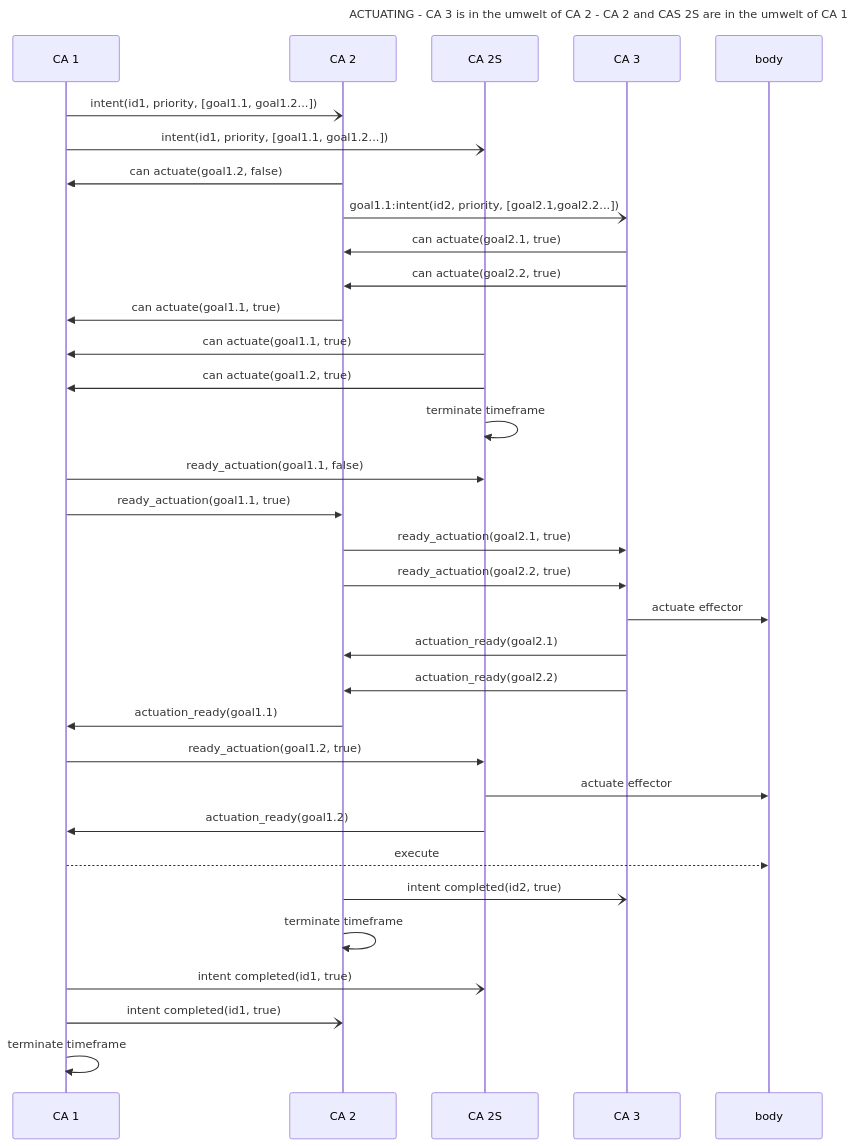
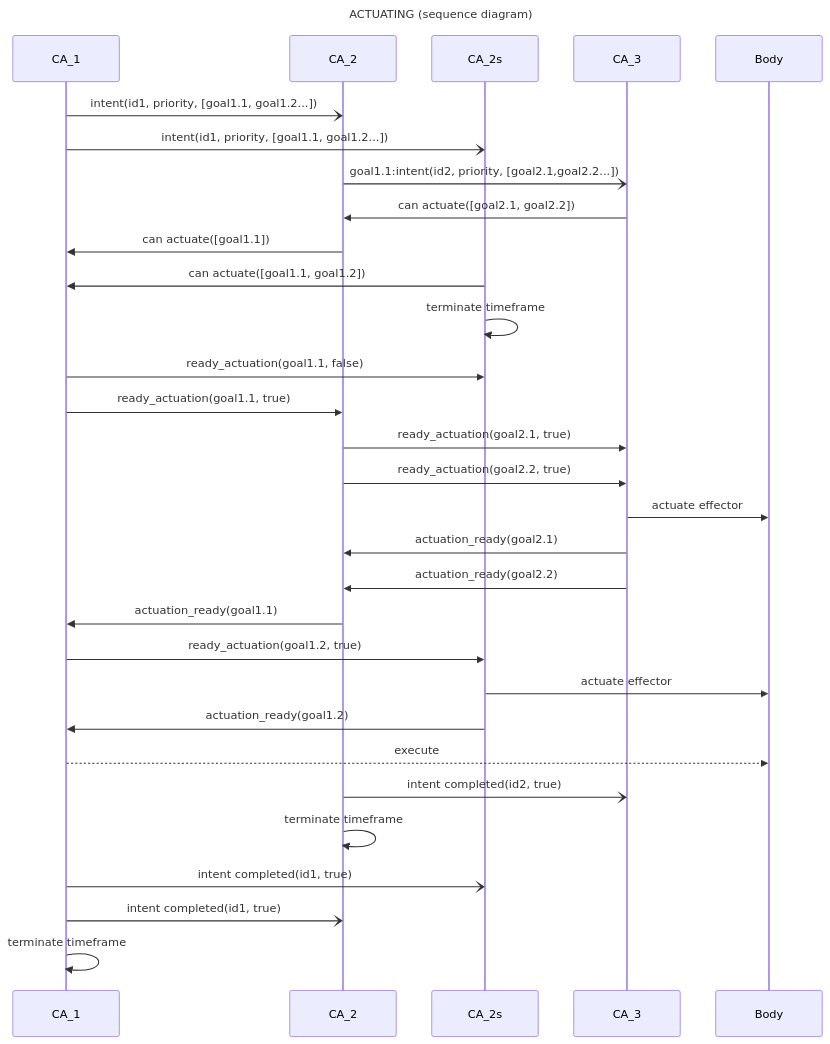
The second of 2 diagrams in design_notes/policies.md (jfcloutier/karma_system), drawn with Mermaid before and after one commit. The commit also changed other lines of this file, not shown here.

Commit message:
Flow in policies

````diff
--- a/design_notes/policies.md
+++ b/design_notes/policies.md
@@ -272,40 +302,37 @@
 ```mermaid
 ---
-title: ACTUATING - CA 3 is in the umwelt of CA 2 - CA 2 and CAS 2S are in the umwelt of CA 1
+title: ACTUATING (sequence diagram) 
 ---
 sequenceDiagram;
-  participant CA 1
-  participant CA 2
-  participant CA 2S
-  participant CA 3
-  participant body
-  CA 1-)CA 2: intent(id1, priority, [goal1.1, goal1.2...])
-  CA 1-)CA 2S: intent(id1, priority, [goal1.1, goal1.2...])
-  CA 2->>CA 1: can actuate(goal1.2, false)
-  CA 2-)CA 3: goal1.1:intent(id2, priority, [goal2.1,goal2.2...])
-  CA 3->>CA 2: can actuate(goal2.1, true)
-  CA 3->>CA 2: can actuate(goal2.2, true)
-  CA 2->>CA 1: can actuate(goal1.1, true)
-  CA 2S->>CA 1: can actuate(goal1.1, true)
-  CA 2S->>CA 1: can actuate(goal1.2, true)
-  CA 2S->>CA 2S: terminate timeframe
+  participant CA_1
+  participant CA_2
+  participant CA_2s
+  participant CA_3
+  participant Body
+  CA_1-)CA_2: intent(id1, priority, [goal1.1, goal1.2...])
+  CA_1-)CA_2s: intent(id1, priority, [goal1.1, goal1.2...])
+  CA_2-)CA_3: goal1.1:intent(id2, priority, [goal2.1,goal2.2...])
+  CA_3->>CA_2: can actuate([goal2.1, goal2.2])
+  CA_2->>CA_1: can actuate([goal1.1])
+  CA_2s->>CA_1: can actuate([goal1.1, goal1.2])
+  CA_2s->>CA_2s: terminate timeframe
 
-  CA 1->>CA 2S: ready_actuation(goal1.1, false)
-  CA 1->>CA 2: ready_actuation(goal1.1, true)
-  CA 2->>CA 3: ready_actuation(goal2.1, true)
-  CA 2->>CA 3: ready_actuation(goal2.2, true)
-  CA 3->>body: actuate effector
-  CA 3->>CA 2: actuation_ready(goal2.1)
-  CA 3->>CA 2: actuation_ready(goal2.2)
-  CA 2->>CA 1: actuation_ready(goal1.1)
-  CA 1->>CA 2S: ready_actuation(goal1.2, true)
-  CA 2S->>body: actuate effector
-  CA 2S->>CA 1: actuation_ready(goal1.2)
+  CA_1->>CA_2s: ready_actuation(goal1.1, false)
+  CA_1->>CA_2: ready_actuation(goal1.1, true)
+  CA_2->>CA_3: ready_actuation(goal2.1, true)
+  CA_2->>CA_3: ready_actuation(goal2.2, true)
+  CA_3->>Body: actuate effector
+  CA_3->>CA_2: actuation_ready(goal2.1)
+  CA_3->>CA_2: actuation_ready(goal2.2)
+  CA_2->>CA_1: actuation_ready(goal1.1)
+  CA_1->>CA_2s: ready_actuation(goal1.2, true)
+  CA_2s->>Body: actuate effector
+  CA_2s->>CA_1: actuation_ready(goal1.2)
 
-  CA 1-->>body: execute
-  CA 2-)CA 3: intent completed(id2, true)
-  CA 2->>CA 2: terminate timeframe
-  CA 1-)CA 2S: intent completed(id1, true)
-  CA 1-)CA 2: intent completed(id1, true)
-  CA 1->>CA 1: terminate timeframe
+  CA_1-->>Body: execute
+  CA_2-)CA_3: intent completed(id2, true)
+  CA_2->>CA_2: terminate timeframe
+  CA_1-)CA_2s: intent completed(id1, true)
+  CA_1-)CA_2: intent completed(id1, true)
+  CA_1->>CA_1: terminate timeframe
 ```
````
